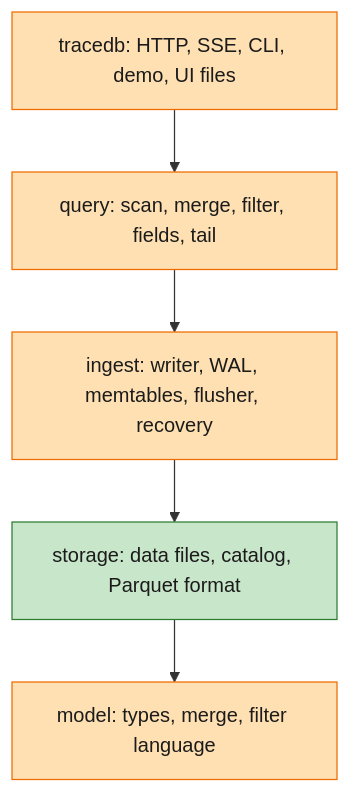
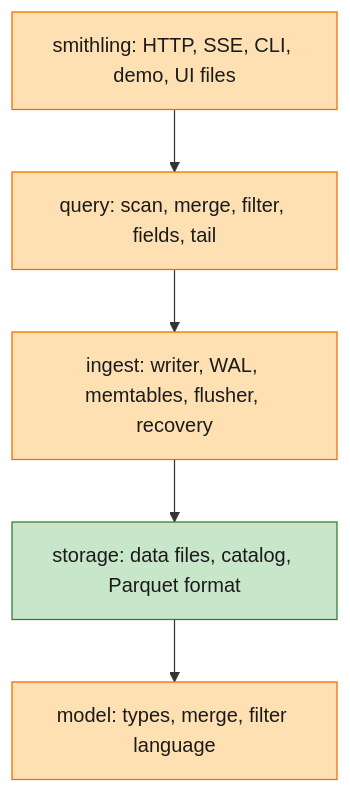
One commit to liukai/smithling changed the sixth of 10 diagrams in specs/002-m2-durable-storage-query-builder/starter-guide.md. Above: the diagram before and after it, drawn with Mermaid. The commit also changed other lines of this file and 199 other files, not shown here.

First line of the commit message:
refactor: rename tracedb to Smithling (D-037)

````diff
--- a/specs/002-m2-durable-storage-query-builder/starter-guide.md
+++ b/specs/002-m2-durable-storage-query-builder/starter-guide.md
@@ -141,12 +141,12 @@
 ```mermaid
 flowchart TB
-    A["tracedb: HTTP, SSE, CLI, demo, UI files"]:::revised
+    A["smithling: HTTP, SSE, CLI, demo, UI files"]:::revised
     B["query: scan, merge, filter, fields, tail"]:::revised
     C["ingest: writer, WAL, memtables, flusher, recovery"]:::revised
     D["storage: data files, catalog, Parquet format"]:::new
     E["model: types, merge, filter language"]:::revised
     A --> B --> C --> D --> E
     classDef new fill:#c8e6c9,stroke:#2e7d32,color:#1b1b1b
     classDef revised fill:#ffe0b2,stroke:#ef6c00,color:#1b1b1b
     classDef old fill:#eeeeee,stroke:#9e9e9e,color:#1b1b1b
 ```
````
